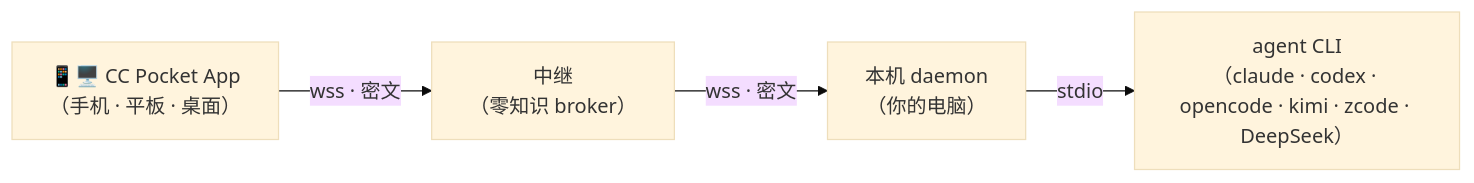
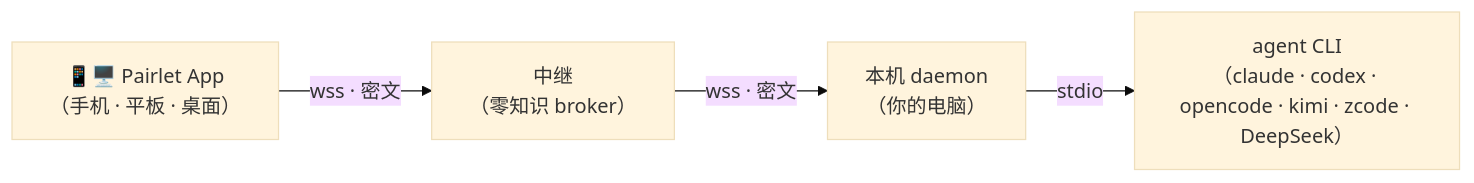
The diagram in README.zh-CN.md (heypandax/pairlet), drawn with Mermaid (base theme) before and after one commit. The commit also changed other lines of this file and 1 other file, not shown here.

Commit message:
docs: introduce Pairlet with the former CC Pocket name

````diff
--- a/README.zh-CN.md
+++ b/README.zh-CN.md
@@ -66,6 +68,6 @@
 ```mermaid
 flowchart LR
-    app["📱🖥️ CC Pocket App<br/>（手机 · 平板 · 桌面）"] -- "wss · 密文" --> relay["中继<br/>（零知识 broker）"]
+    app["📱🖥️ Pairlet App<br/>（手机 · 平板 · 桌面）"] -- "wss · 密文" --> relay["中继<br/>（零知识 broker）"]
     relay -- "wss · 密文" --> daemon["本机 daemon<br/>（你的电脑）"]
     daemon -- "stdio" --> agent["agent CLI<br/>（claude · codex · opencode · kimi · zcode · DeepSeek）"]
 ```
````
